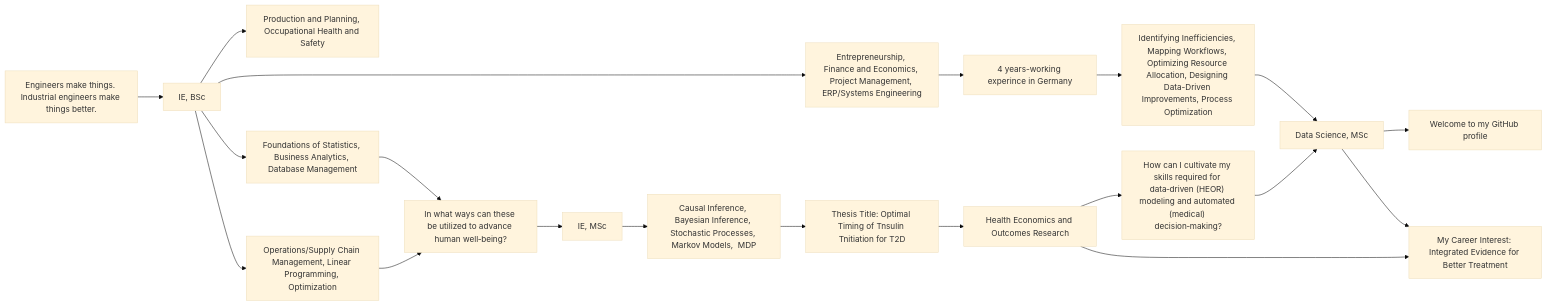
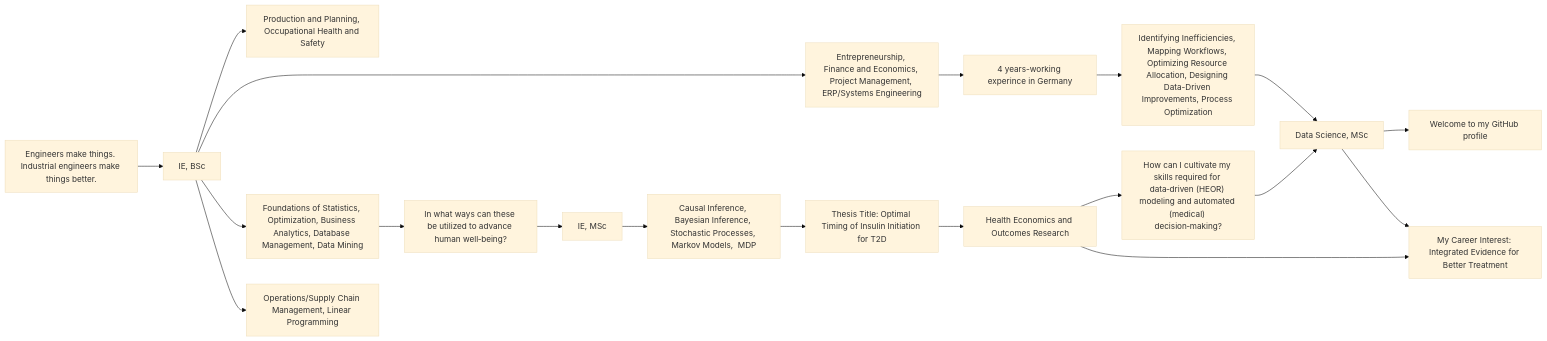
The diagram in README.md (eminsin/eminsin), drawn with Mermaid (base theme) before and after one commit.

Commit message:
Revise educational and thesis details in README

````diff
--- a/README.md
+++ b/README.md
@@ -55,22 +55,21 @@
 ```mermaid
 graph LR
     A["Engineers make things. Industrial engineers make things better."] --> B["IE, BSc"];
     B --> C["Production and Planning, Occupational Health and Safety"];
     B --> D["Entrepreneurship, Finance and Economics, Project Management, ERP/Systems Engineering"];
     D --> M["4 years-working experince in Germany"];
     M --> R["Identifying Inefficiencies, Mapping Workflows, Optimizing Resource Allocation, Designing Data-Driven Improvements, Process Optimization"]
-    B --> E["Foundations of Statistics, Business Analytics, Database Management"];
-    B --> F["Operations/Supply Chain Management, Linear Programming, Optimization"];
-    F --> G["In what ways can these be utilized to advance human well‑being?"];
-    E --> G;
+    B --> E["Foundations of Statistics, Optimization, Business Analytics, Database Management, Data Mining"];
+    B --> F["Operations/Supply Chain Management, Linear Programming"];
+    E --> G["In what ways can these be utilized to advance human well‑being?"];
     G --> H["IE, MSc"];
     H --> I["Causal Inference, Bayesian Inference, Stochastic Processes, Markov Models,  MDP"];
-    I --> O["Thesis Title: Optimal Timing of Tnsulin Tnitiation for T2D"];
+    I --> O["Thesis Title: Optimal Timing of Insulin Initiation for T2D"];
     O --> N["Health Economics and Outcomes Research"];
     N --> J["How can I cultivate my skills required for data‑driven (HEOR) modeling and automated (medical) decision‑making?"];
     J --> K["Data Science, MSc"];
     K --> L["Welcome to my GitHub profile"];
     N --> P["My Career Interest: Integrated Evidence for Better Treatment"];
     K --> P;
     R --> K;
 ```
````
